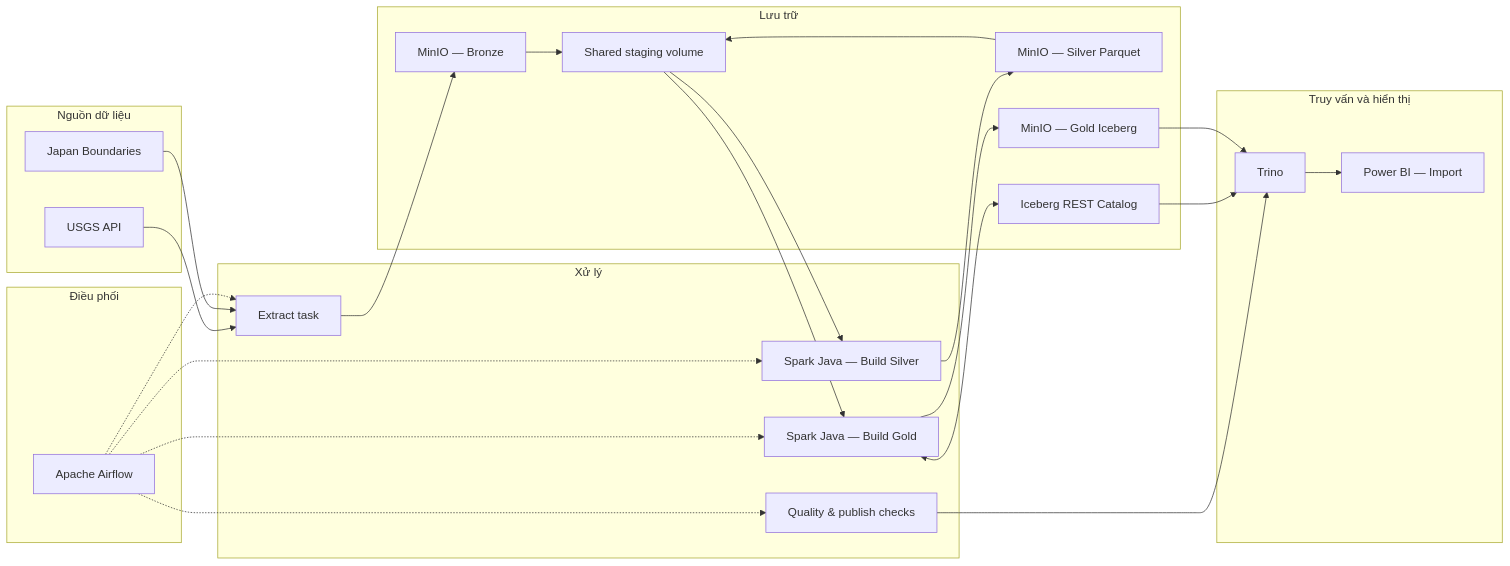
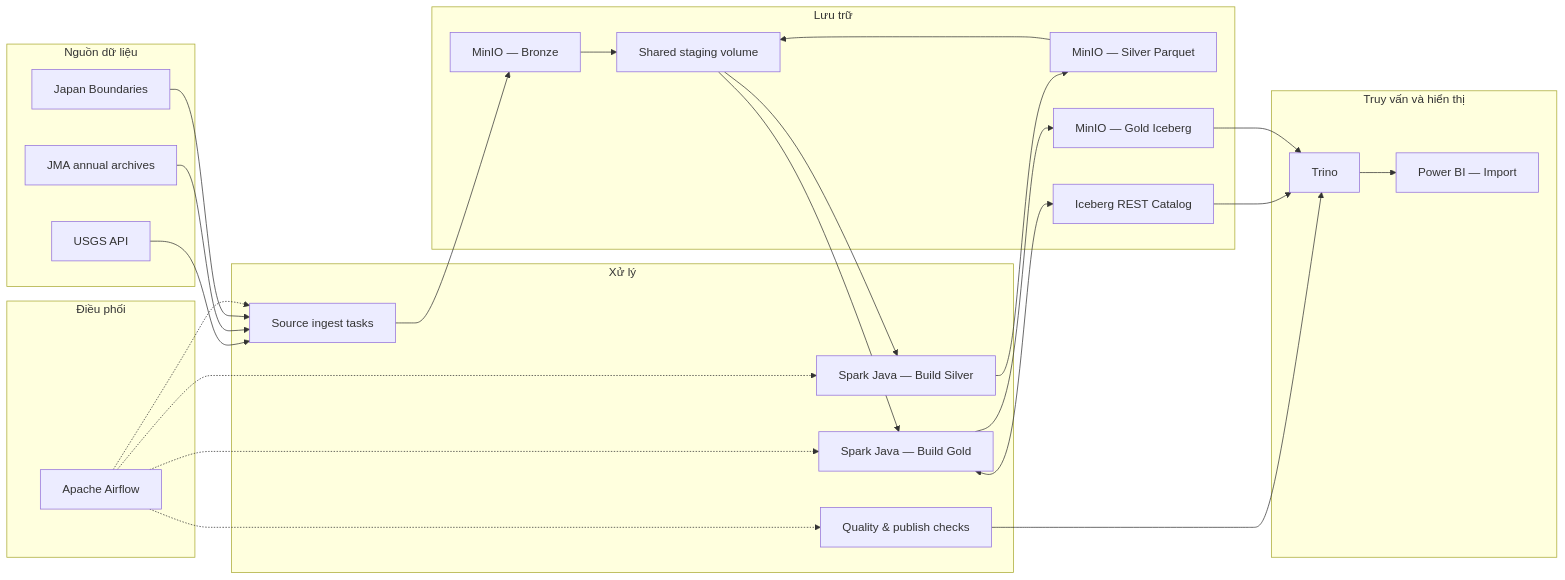
The second of 4 diagrams in docs/SYSTEM_ARCHITECTURE.md (HoaiTam/japan-earthquake-etl), drawn with Mermaid before and after one commit. The commit also changed other lines of this file and 15 other files, not shown here.

Commit message:
docs: define USGS and JMA source coverage

````diff
--- a/docs/SYSTEM_ARCHITECTURE.md
+++ b/docs/SYSTEM_ARCHITECTURE.md
@@ -37,50 +39,52 @@
 ```mermaid
 flowchart LR
     subgraph Sources["Nguồn dữ liệu"]
-        API["USGS API"]
+        USGS_API["USGS API"]
+        JMA_ARCHIVE["JMA annual archives"]
         BOUNDARY["Japan Boundaries"]
     end
 
     subgraph Orchestration["Điều phối"]
         AIRFLOW["Apache Airflow"]
     end
 
     subgraph Compute["Xử lý"]
-        EXTRACT["Extract task"]
+        EXTRACT["Source ingest tasks"]
         SILVER_JOB["Spark Java — Build Silver"]
         GOLD_JOB["Spark Java — Build Gold"]
         VERIFY["Quality & publish checks"]
     end
 
     subgraph Storage["Lưu trữ"]
         MINIO_B["MinIO — Bronze"]
         STAGE["Shared staging volume"]
         MINIO_S["MinIO — Silver Parquet"]
         ICEBERG["MinIO — Gold Iceberg"]
         CATALOG["Iceberg REST Catalog"]
     end
 
     subgraph Serving["Truy vấn và hiển thị"]
         TRINO["Trino"]
         POWERBI["Power BI — Import"]
     end
 
-    API --> EXTRACT
+    USGS_API --> EXTRACT
+    JMA_ARCHIVE --> EXTRACT
     BOUNDARY --> EXTRACT
     AIRFLOW -.-> EXTRACT
     AIRFLOW -.-> SILVER_JOB
     AIRFLOW -.-> GOLD_JOB
     AIRFLOW -.-> VERIFY
     EXTRACT --> MINIO_B
     MINIO_B --> STAGE
     STAGE --> SILVER_JOB
     SILVER_JOB --> MINIO_S
     MINIO_S --> STAGE
     STAGE --> GOLD_JOB
     GOLD_JOB --> ICEBERG
     GOLD_JOB <--> CATALOG
     VERIFY --> TRINO
     CATALOG --> TRINO
     ICEBERG --> TRINO
     TRINO --> POWERBI
 ```
````
